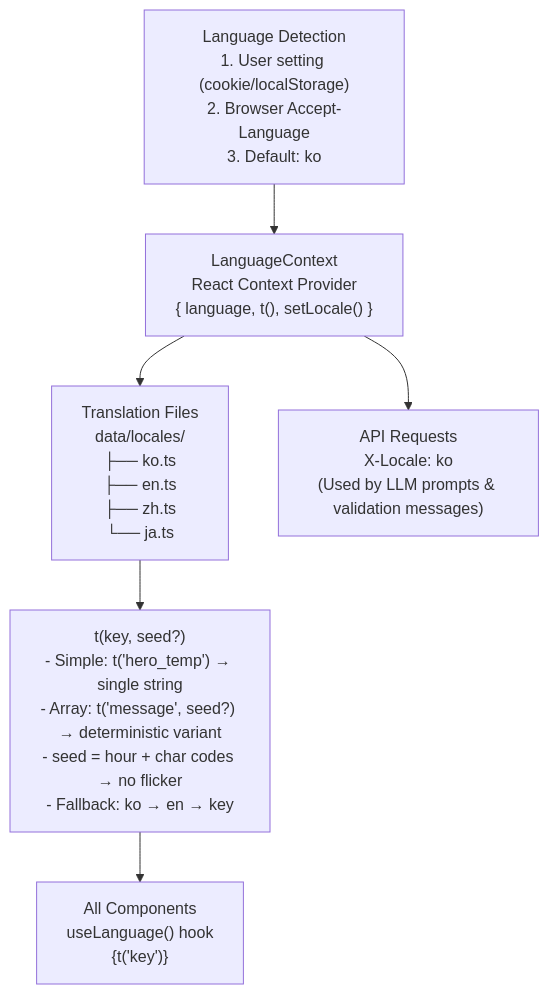
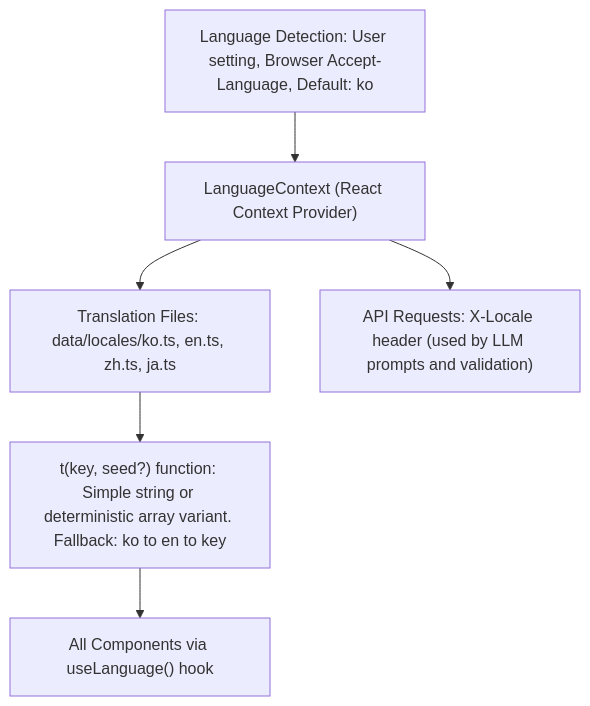
Before and after one commit to kim0040/Nadeulhae: diagram 15 of 17 in docs/ARCHITECTURE_UML.md, drawn with Mermaid. The commit also changed other lines of this file, not shown here.

Commit message:
fix(docs): fix Mermaid syntax errors in UML diagrams (invalid types, special chars)

````diff
--- a/docs/ARCHITECTURE_UML.md
+++ b/docs/ARCHITECTURE_UML.md
@@ -1269,14 +1292,14 @@
 ```mermaid
 flowchart TD
-    LOCALE_DETECT["Language Detection<br/>1. User setting (cookie/localStorage)<br/>2. Browser Accept-Language<br/>3. Default: ko"]
+    LOCALE_DETECT["Language Detection: User setting, Browser Accept-Language, Default: ko"]
 
-    LOCALE_DETECT --> CONTEXT["LanguageContext<br/>React Context Provider<br/>{ language, t(), setLocale() }"]
+    LOCALE_DETECT --> CONTEXT["LanguageContext (React Context Provider)"]
 
-    CONTEXT --> LOCALE_FILES["Translation Files<br/>data/locales/<br/>├── ko.ts<br/>├── en.ts<br/>├── zh.ts<br/>└── ja.ts"]
+    CONTEXT --> LOCALE_FILES["Translation Files: data/locales/ko.ts, en.ts, zh.ts, ja.ts"]
 
-    LOCALE_FILES --> T_FUNC["t(key, seed?)<br/>- Simple: t('hero_temp') → single string<br/>- Array: t('message', seed?) → deterministic variant<br/>- seed = hour + char codes → no flicker<br/>- Fallback: ko → en → key"]
+    LOCALE_FILES --> T_FUNC["t(key, seed?) function: Simple string or deterministic array variant. Fallback: ko to en to key"]
 
-    T_FUNC --> COMPONENTS["All Components<br/>useLanguage() hook<br/>{t('key')}"]
+    T_FUNC --> COMPONENTS["All Components via useLanguage() hook"]
 
-    CONTEXT --> API_HEADER["API Requests<br/>X-Locale: ko<br/>(Used by LLM prompts & validation messages)"]
+    CONTEXT --> API_HEADER["API Requests: X-Locale header (used by LLM prompts and validation)"]
 ```
````
